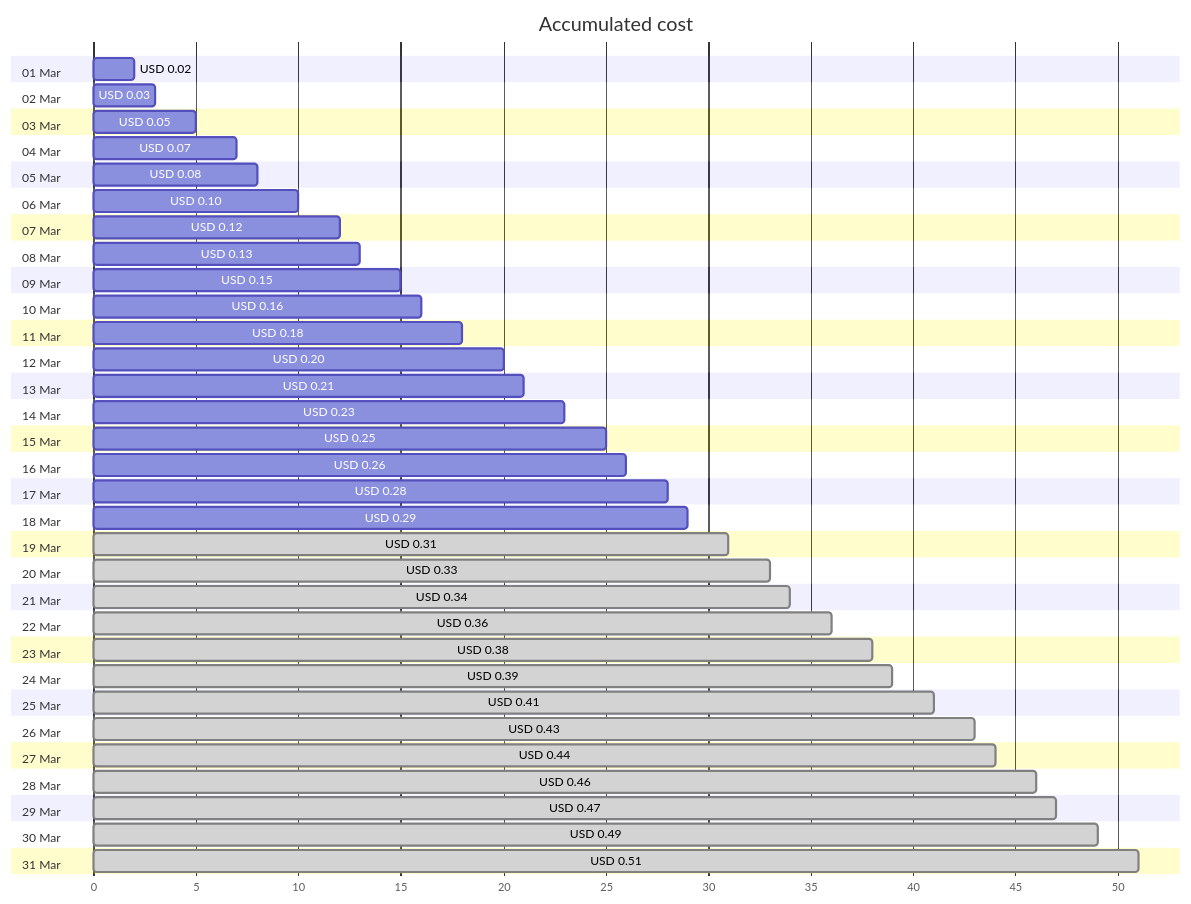
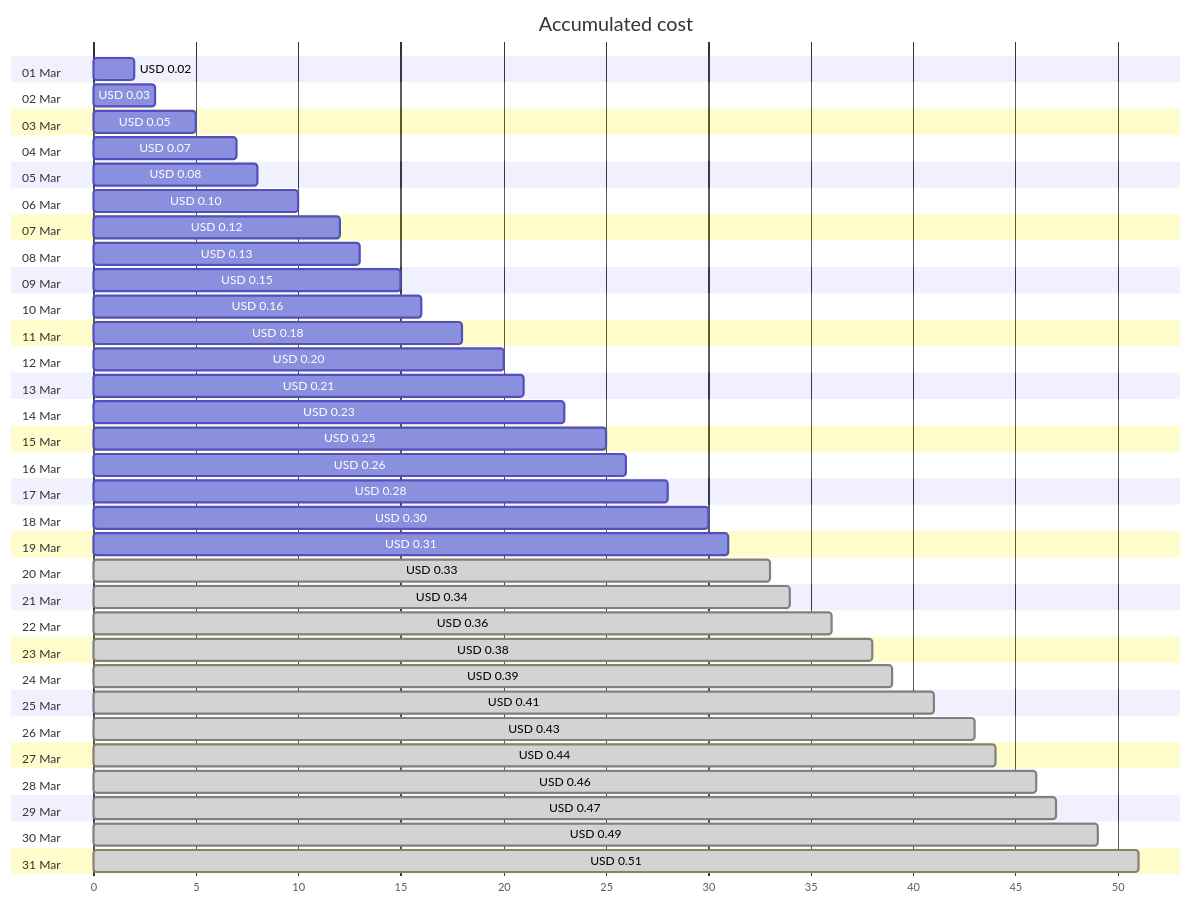
Before and after one commit to jpfulton/azure-personal-reports: the first of 4 diagrams in cost-reports/personal-dns/jpatrickfulton.com.md, drawn with Mermaid. The commit also changed other lines of this file and 2 other files, not shown here.

````diff
--- a/cost-reports/personal-dns/jpatrickfulton.com.md
+++ b/cost-reports/personal-dns/jpatrickfulton.com.md
@@ -20,68 +20,68 @@
 ```mermaid
 gantt
    title Accumulated cost
    dateFormat  X
    axisFormat %s
    section 01 Mar
    USD 0.02 :0, 2
    section 02 Mar
    USD 0.03 :0, 3
    section 03 Mar
    USD 0.05 :0, 5
    section 04 Mar
    USD 0.07 :0, 7
    section 05 Mar
    USD 0.08 :0, 8
    section 06 Mar
    USD 0.10 :0, 10
    section 07 Mar
    USD 0.12 :0, 12
    section 08 Mar
    USD 0.13 :0, 13
    section 09 Mar
    USD 0.15 :0, 15
    section 10 Mar
    USD 0.16 :0, 16
    section 11 Mar
    USD 0.18 :0, 18
    section 12 Mar
    USD 0.20 :0, 20
    section 13 Mar
    USD 0.21 :0, 21
    section 14 Mar
    USD 0.23 :0, 23
    section 15 Mar
    USD 0.25 :0, 25
    section 16 Mar
    USD 0.26 :0, 26
    section 17 Mar
    USD 0.28 :0, 28
    section 18 Mar
-   USD 0.29 :0, 29
+   USD 0.30 :0, 30
    section 19 Mar
-   USD 0.31 : done, 0, 31
+   USD 0.31 :0, 31
    section 20 Mar
    USD 0.33 : done, 0, 33
    section 21 Mar
    USD 0.34 : done, 0, 34
    section 22 Mar
    USD 0.36 : done, 0, 36
    section 23 Mar
    USD 0.38 : done, 0, 38
    section 24 Mar
    USD 0.39 : done, 0, 39
    section 25 Mar
    USD 0.41 : done, 0, 41
    section 26 Mar
    USD 0.43 : done, 0, 43
    section 27 Mar
    USD 0.44 : done, 0, 44
    section 28 Mar
    USD 0.46 : done, 0, 46
    section 29 Mar
    USD 0.47 : done, 0, 47
    section 30 Mar
    USD 0.49 : done, 0, 49
    section 31 Mar
    USD 0.51 : done, 0, 51
 ```
````
